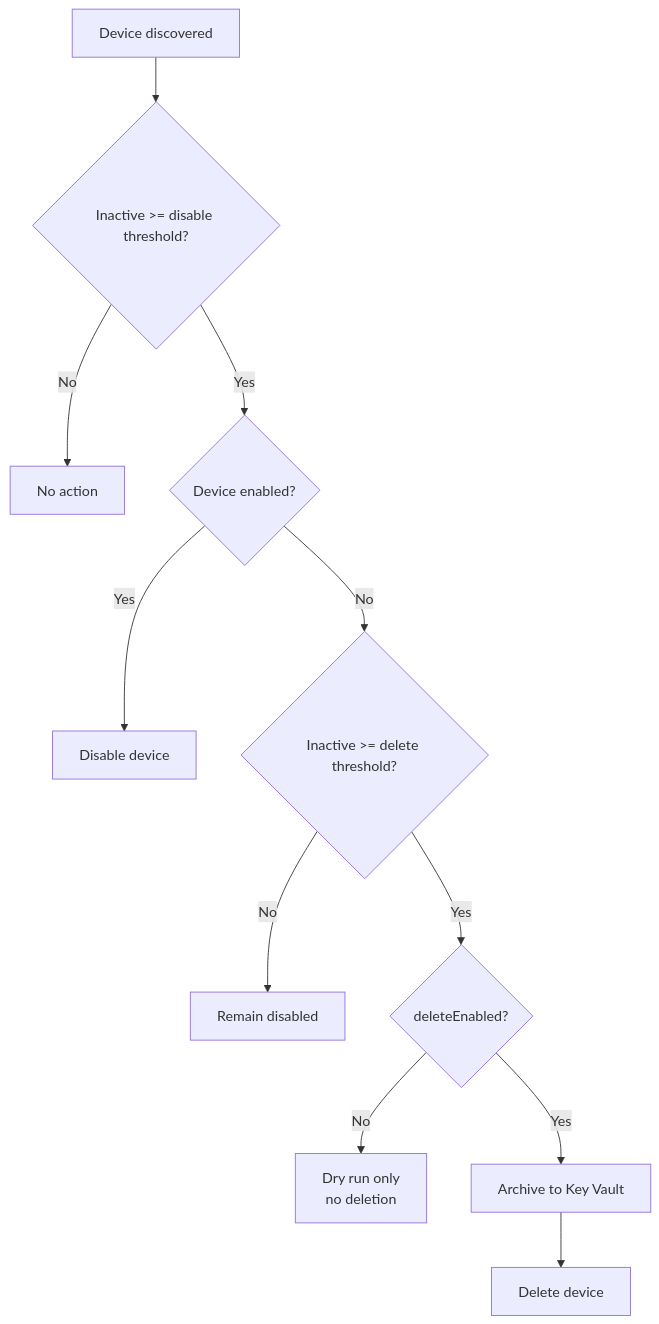
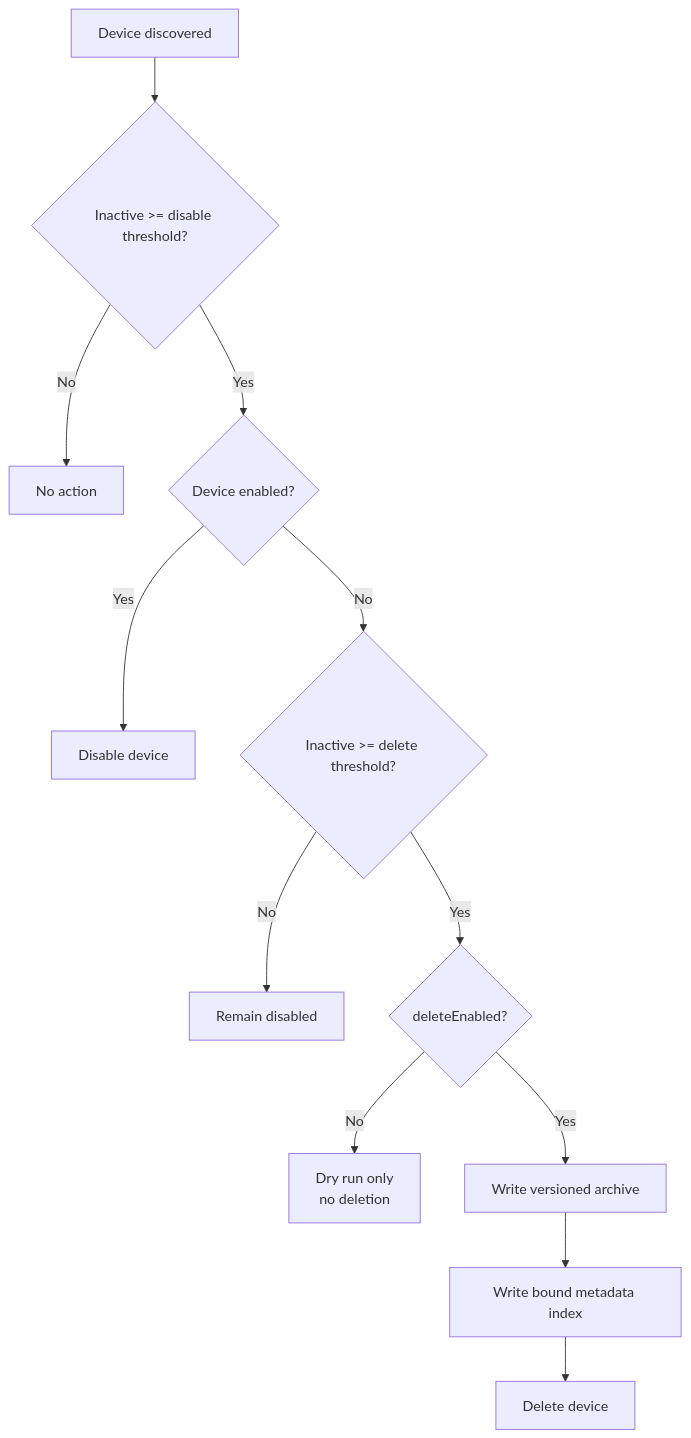
The second of 2 diagrams in docs/architecture.md (nathanmcnulty/azd-device-cleanup), drawn with Mermaid before and after one commit. The commit also changed other lines of this file and 24 other files, not shown here.

Commit message:
Add version-bound archive discovery indexes

````diff
--- a/docs/architecture.md
+++ b/docs/architecture.md
@@ -46,13 +48,14 @@
 ```mermaid
 flowchart TD
     A[Device discovered] --> B{Inactive >= disable threshold?}
     B -- No --> Z[No action]
     B -- Yes --> C{Device enabled?}
     C -- Yes --> D[Disable device]
     C -- No --> E{Inactive >= delete threshold?}
     E -- No --> Y[Remain disabled]
     E -- Yes --> F{deleteEnabled?}
     F -- No --> G[Dry run only<br/>no deletion]
-    F -- Yes --> H[Archive to Key Vault]
-    H --> I[Delete device]
+    F -- Yes --> H[Write versioned archive]
+    H --> I[Write bound metadata index]
+    I --> J[Delete device]
 ```
````
